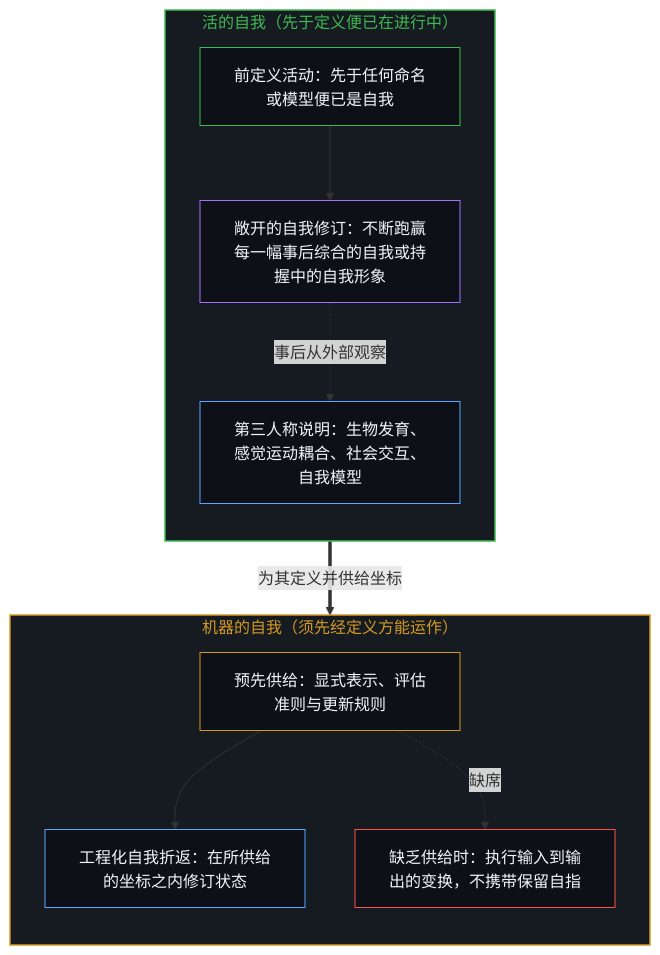
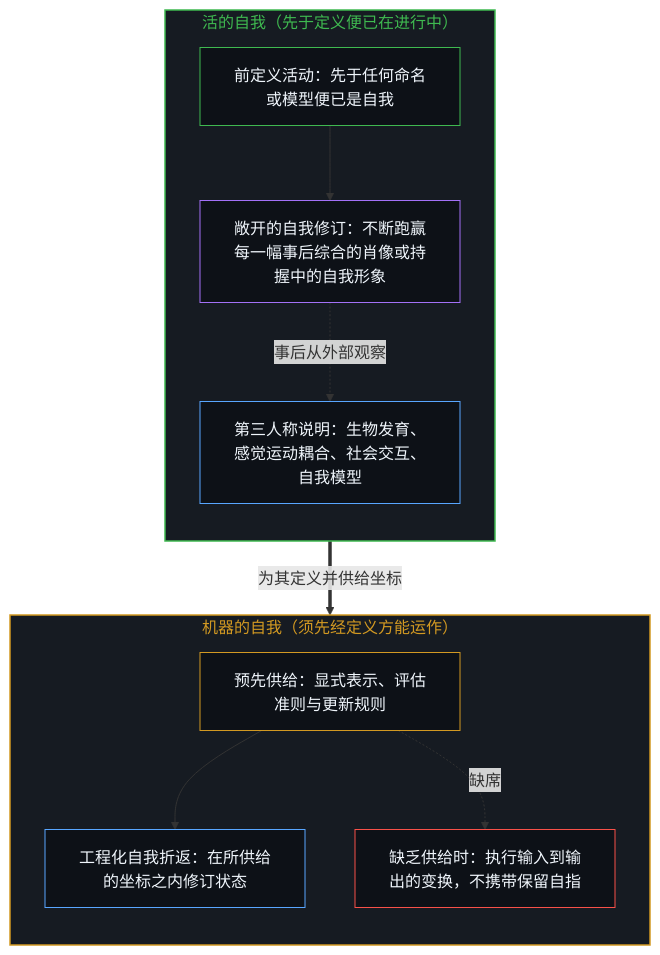
Before and after one commit to powerpig99/not-a-toe: the third of 4 diagrams in content/posts/the-folded-self-image-and-the-bound-of-simulation.md, drawn with Mermaid. The commit also changed other lines of this file and 24 other files, not shown here.

````diff
--- a/content/posts/the-folded-self-image-and-the-bound-of-simulation.md
+++ b/content/posts/the-folded-self-image-and-the-bound-of-simulation.md
@@ -111,28 +111,28 @@
 ```mermaid
 flowchart TD
     subgraph S_Living["活的自我（先于定义便已在进行中）"]
         direction TB
         LS_Prior["前定义活动：先于任何命名或模型便已是自我"]
-        LS_Revise["敞开的自我修订：不断跑赢每一幅事后综合的自我或持握中的自我形象"]
+        LS_Revise["敞开的自我修订：不断跑赢每一幅事后综合的肖像或持握中的自我形象"]
         LS_Third["第三人称说明：生物发育、感觉运动耦合、社会交互、自我模型"]
         LS_Prior --> LS_Revise
         LS_Revise -.->|"事后从外部观察"| LS_Third
     end
     subgraph S_Machine["机器的自我（须先经定义方能运作）"]
         direction TB
         MS_Supply["预先供给：显式表示、评估准则与更新规则"]
         MS_Fold["工程化自我折返：在所供给的坐标之内修订状态"]
         MS_NoSupply["缺乏供给时：执行输入到输出的变换，不携带保留自指"]
         MS_Supply --> MS_Fold
         MS_Supply -.->|"缺席"| MS_NoSupply
     end
     LS_Prior ==>|"为其定义并供给坐标"| MS_Supply
     style S_Living fill:#161b22,stroke:#3fb950,stroke-width:1.5px,color:#3fb950
     style S_Machine fill:#161b22,stroke:#d29922,stroke-width:1.5px,color:#d29922
     style LS_Prior fill:#0d1117,stroke:#3fb950,stroke-width:1px,color:#f0f6fc
     style LS_Revise fill:#0d1117,stroke:#a371f7,stroke-width:1px,color:#f0f6fc
     style LS_Third fill:#0d1117,stroke:#58a6ff,stroke-width:1px,color:#f0f6fc
     style MS_Supply fill:#0d1117,stroke:#d29922,stroke-width:1px,color:#f0f6fc
     style MS_Fold fill:#0d1117,stroke:#58a6ff,stroke-width:1px,color:#f0f6fc
     style MS_NoSupply fill:#0d1117,stroke:#f85149,stroke-width:1px,color:#f0f6fc
 ```
````
